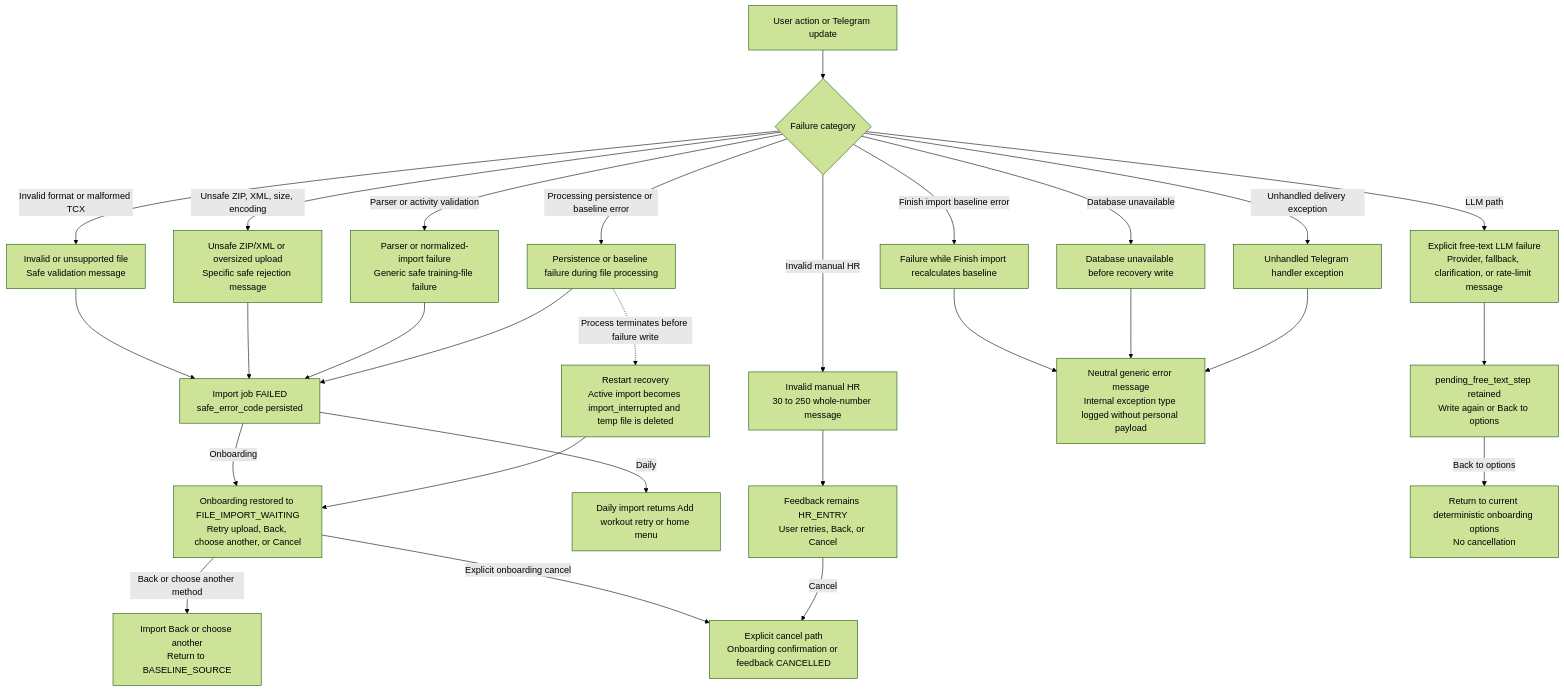
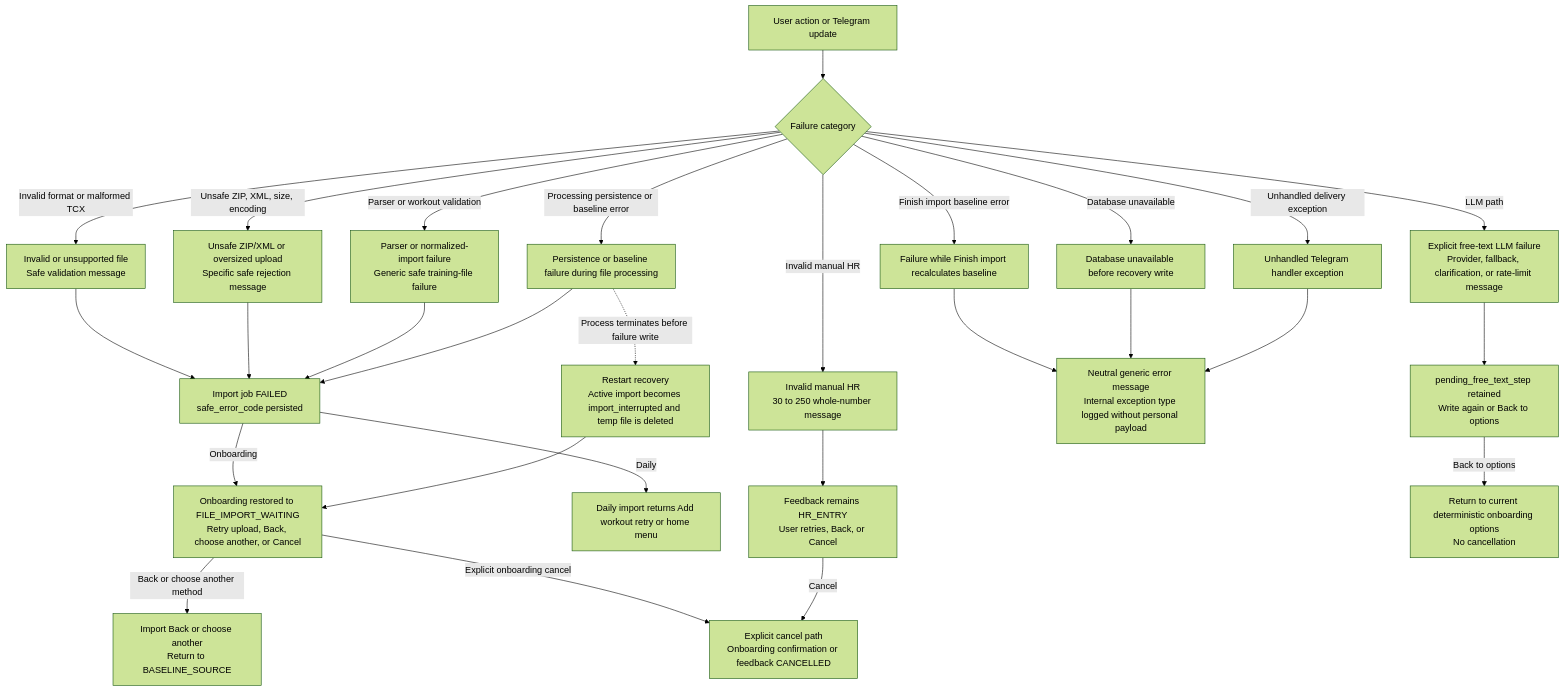
The eighth of 8 diagrams in docs/current-product-flow.md (tinips/adaptive_training_coach), drawn with Mermaid (forest theme) before and after one commit. The commit also changed other lines of this file and 52 other files, not shown here.

````diff
--- a/docs/current-product-flow.md
+++ b/docs/current-product-flow.md
@@ -618,42 +696,42 @@
 ```mermaid
 flowchart TD
     er_input["User action or Telegram update"]
     er_kind{"Failure category"}
     er_invalid["Invalid or unsupported file<br/>Safe validation message"]
     er_unsafe["Unsafe ZIP/XML or oversized upload<br/>Specific safe rejection message"]
     er_parser["Parser or normalized-import failure<br/>Generic safe training-file failure"]
     er_persist["Persistence or baseline failure during file processing"]
     er_finish["Failure while Finish import recalculates baseline"]
     er_hr["Invalid manual HR<br/>30 to 250 whole-number message"]
     er_llm["Explicit free-text LLM failure<br/>Provider, fallback, clarification, or rate-limit message"]
     er_db["Database unavailable before recovery write"]
     er_handler["Unhandled Telegram handler exception"]
     er_job_failed["Import job FAILED<br/>safe_error_code persisted"]
     er_wait["Onboarding restored to FILE_IMPORT_WAITING<br/>Retry upload, Back, choose another, or Cancel"]
     er_daily_home["Daily import returns Add workout retry or home menu"]
     er_no_advance["Feedback remains HR_ENTRY<br/>User retries, Back, or Cancel"]
     er_parse_wait["pending_free_text_step retained<br/>Write again or Back to options"]
     er_options["Return to current deterministic onboarding options<br/>No cancellation"]
     er_generic["Neutral generic error message<br/>Internal exception type logged without personal payload"]
     er_restart["Restart recovery<br/>Active import becomes import_interrupted and temp file is deleted"]
     er_import_exit["Import Back or choose another<br/>Return to BASELINE_SOURCE"]
     er_cancel["Explicit cancel path<br/>Onboarding confirmation or feedback CANCELLED"]
 
     er_input --> er_kind
     er_kind -->|Invalid format or malformed TCX| er_invalid --> er_job_failed
     er_kind -->|Unsafe ZIP, XML, size, encoding| er_unsafe --> er_job_failed
-    er_kind -->|Parser or activity validation| er_parser --> er_job_failed
+    er_kind -->|Parser or workout validation| er_parser --> er_job_failed
     er_kind -->|Processing persistence or baseline error| er_persist --> er_job_failed
     er_job_failed -->|Onboarding| er_wait
     er_job_failed -->|Daily| er_daily_home
     er_kind -->|Finish import baseline error| er_finish --> er_generic
     er_kind -->|Invalid manual HR| er_hr --> er_no_advance
     er_kind -->|LLM path| er_llm --> er_parse_wait
     er_kind -->|Database unavailable| er_db --> er_generic
     er_kind -->|Unhandled delivery exception| er_handler --> er_generic
     er_persist -. Process terminates before failure write .-> er_restart --> er_wait
     er_wait -->|Back or choose another method| er_import_exit
     er_wait -->|Explicit onboarding cancel| er_cancel
     er_no_advance -->|Cancel| er_cancel
     er_parse_wait -->|Back to options| er_options
 ```
````
